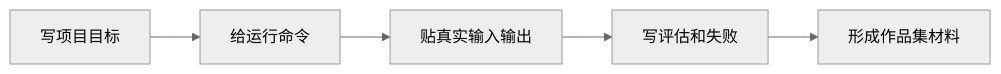
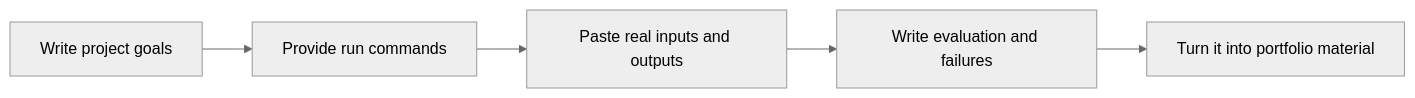
The diagram in docs/intro/experiment-log-template.md (oudbiao/AI-fullstack-course), drawn with Mermaid (neutral theme) before and after one commit. The commit also changed other lines of this file and 1406 other files, not shown here.

````diff
--- a/docs/intro/experiment-log-template.md
+++ b/docs/intro/experiment-log-template.md
@@ -14,7 +14,7 @@
 ```mermaid
 flowchart LR
-  A["写项目目标"] --> B["给运行命令"]
-  B --> C["贴真实输入输出"]
-  C --> D["写评估和失败"]
-  D --> E["形成作品集材料"]
+  A["Write project goals"] --> B["Provide run commands"]
+  B --> C["Paste real inputs and outputs"]
+  C --> D["Write evaluation and failures"]
+  D --> E["Turn it into portfolio material"]
 ```
````
